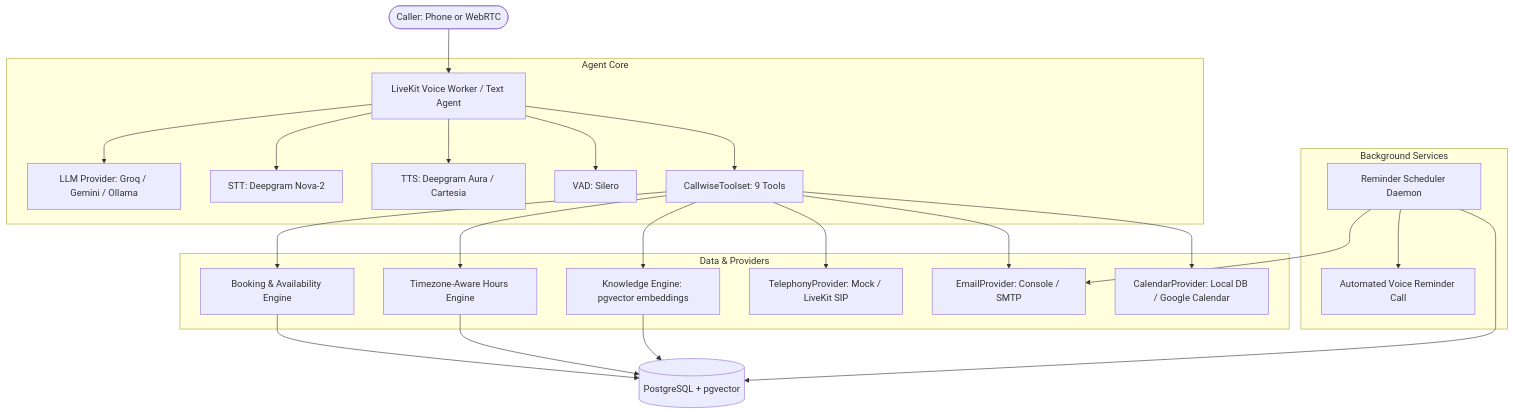
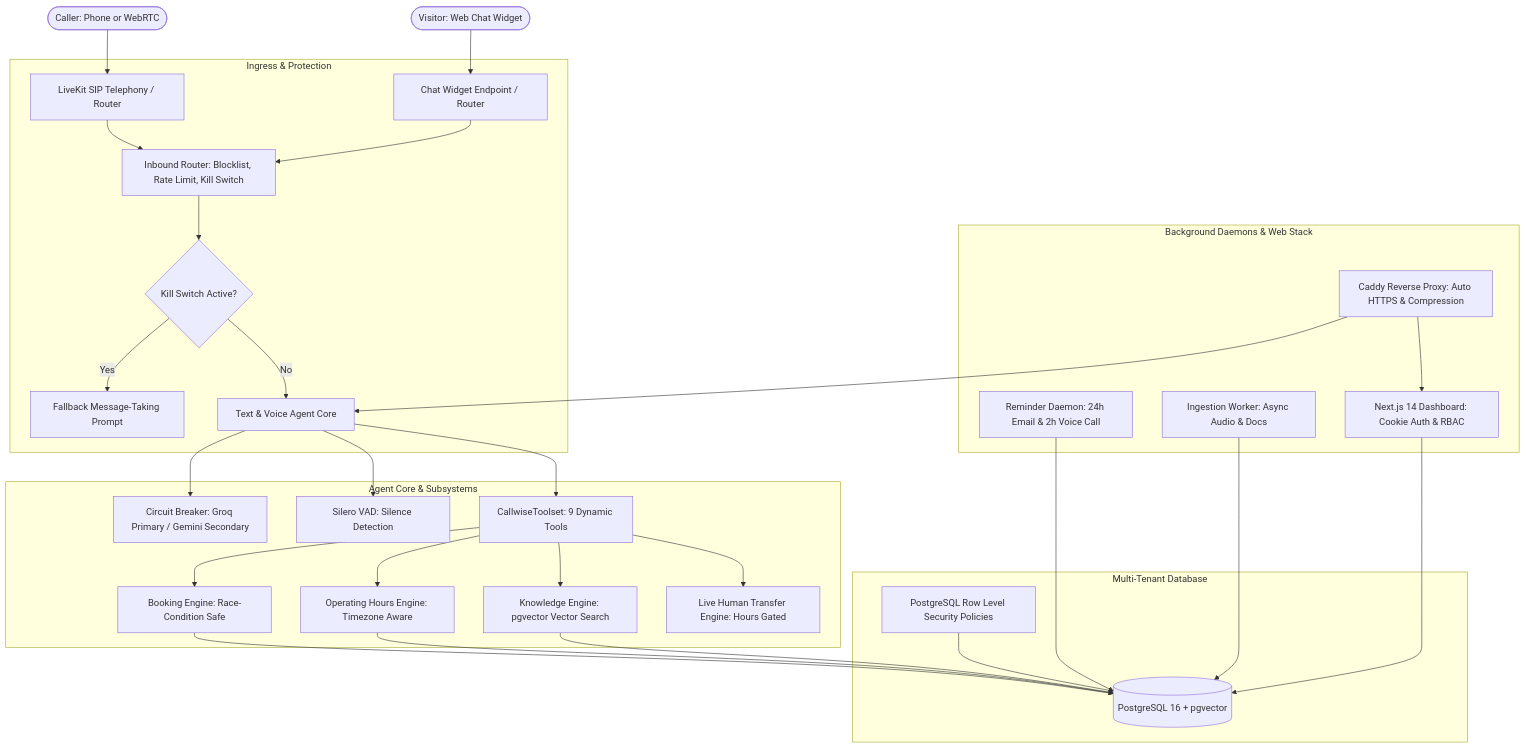
The diagram in README.md (Bhumit267/CallWise), drawn with Mermaid before and after one commit. The commit also changed other lines of this file and 4 other files, not shown here.

````diff
--- a/README.md
+++ b/README.md
@@ -11,31 +11,38 @@
 ```mermaid
 flowchart TD
-    Caller([Caller: Phone or WebRTC]) --> Worker[LiveKit Voice Worker / Text Agent]
-    
-    subgraph Agent Core
-        Worker --> LLM[LLM Provider: Groq / Gemini / Ollama]
-        Worker --> STT[STT: Deepgram Nova-2]
-        Worker --> TTS[TTS: Deepgram Aura / Cartesia]
-        Worker --> VAD[VAD: Silero]
-        Worker --> Tools[CallwiseToolset: 9 Tools]
+    InboundCaller([Caller: Phone or WebRTC]) --> SIP[LiveKit SIP Telephony / Router]
+    WebVisitor([Visitor: Web Chat Widget]) --> WidgetAPI[Chat Widget Endpoint / Router]
+
+    subgraph Ingress & Protection
+        SIP --> InboundRouter[Inbound Router: Blocklist, Rate Limit, Kill Switch]
+        WidgetAPI --> InboundRouter
+        InboundRouter --> KillSwitch{Kill Switch Active?}
+        KillSwitch -- Yes --> FallbackMsg[Fallback Message-Taking Prompt]
+        KillSwitch -- No --> AgentCore[Text & Voice Agent Core]
     end
 
-    subgraph Data & Providers
-        Tools --> KB[Knowledge Engine: pgvector embeddings]
-        Tools --> Hours[Timezone-Aware Hours Engine]
-        Tools --> Booking[Booking & Availability Engine]
-        Tools --> Telephony[TelephonyProvider: Mock / LiveKit SIP]
-        Tools --> Email[EmailProvider: Console / SMTP]
-        Tools --> Calendar[CalendarProvider: Local DB / Google Calendar]
+    subgraph Agent Core & Subsystems
+        AgentCore --> CircuitBreaker[Circuit Breaker: Groq Primary / Gemini Secondary]
+        AgentCore --> VAD[Silero VAD: Silence Detection]
+        AgentCore --> Tools[CallwiseToolset: 9 Dynamic Tools]
+        Tools --> Hours[Operating Hours Engine: Timezone Aware]
+        Tools --> KB[Knowledge Engine: pgvector Vector Search]
+        Tools --> Booking[Booking Engine: Race-Condition Safe]
+        Tools --> Transfer[Live Human Transfer Engine: Hours Gated]
     end
 
-    subgraph Background Services
-        Scheduler[Reminder Scheduler Daemon] --> Email
-        Scheduler --> AutoCall[Automated Voice Reminder Call]
+    subgraph Multi-Tenant Database
+        Booking --> DB[(PostgreSQL 16 + pgvector)]
+        Hours --> DB
+        KB --> DB
+        RLS[PostgreSQL Row Level Security Policies] --> DB
     end
 
-    Booking --> DB[(PostgreSQL + pgvector)]
-    Hours --> DB
-    KB --> DB
-    Scheduler --> DB
+    subgraph Background Daemons & Web Stack
+        Reminders[Reminder Daemon: 24h Email & 2h Voice Call] --> DB
+        Worker[Ingestion Worker: Async Audio & Docs] --> DB
+        Dashboard[Next.js 14 Dashboard: Cookie Auth & RBAC] --> DB
+        Caddy[Caddy Reverse Proxy: Auto HTTPS & Compression] --> Dashboard
+        Caddy --> AgentCore
+    end
 ```
````
